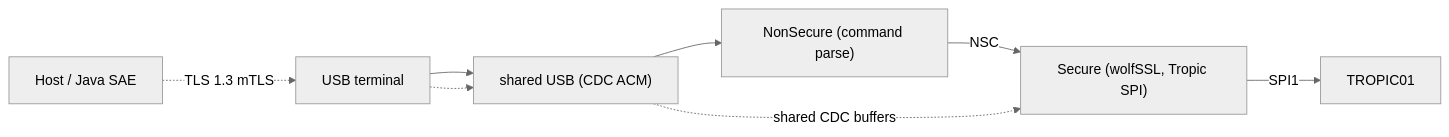
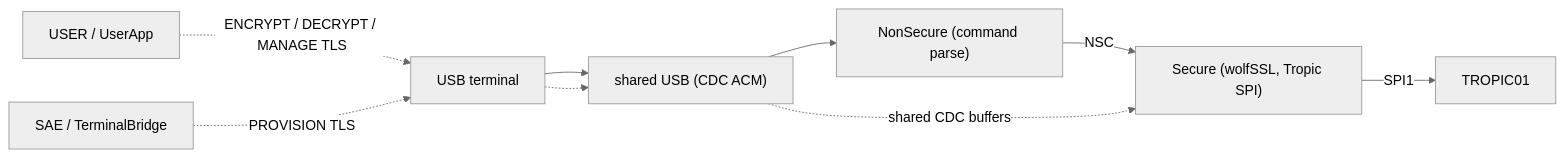
The diagram in README.md (vonasmic/stm32u535-trustzone-usb), drawn with Mermaid (neutral theme) before and after one commit. The commit also changed other lines of this file and 47 other files, not shown here.

````diff
--- a/README.md
+++ b/README.md
@@ -10,18 +10,20 @@
 ```mermaid
 flowchart LR
-    Host["Host / Java SAE"]
+    User["USER / UserApp"]
+    Sae["SAE / TerminalBridge"]
     USB["USB terminal"]
     CDC["shared USB (CDC ACM)"]
     NS["NonSecure (command parse)"]
     Secure["Secure (wolfSSL, Tropic SPI)"]
     Tropic[TROPIC01]
 
     USB --> CDC
     CDC --> NS
     NS -->|NSC| Secure
     Secure -->|SPI1| Tropic
 
-    Host -.->|"TLS 1.3 mTLS"| USB
+    User -.->|"ENCRYPT / DECRYPT / MANAGE TLS"| USB
+    Sae -.->|"PROVISION TLS"| USB
     USB -.-> CDC
     CDC -.->|"shared CDC buffers"| Secure
 ```
````
